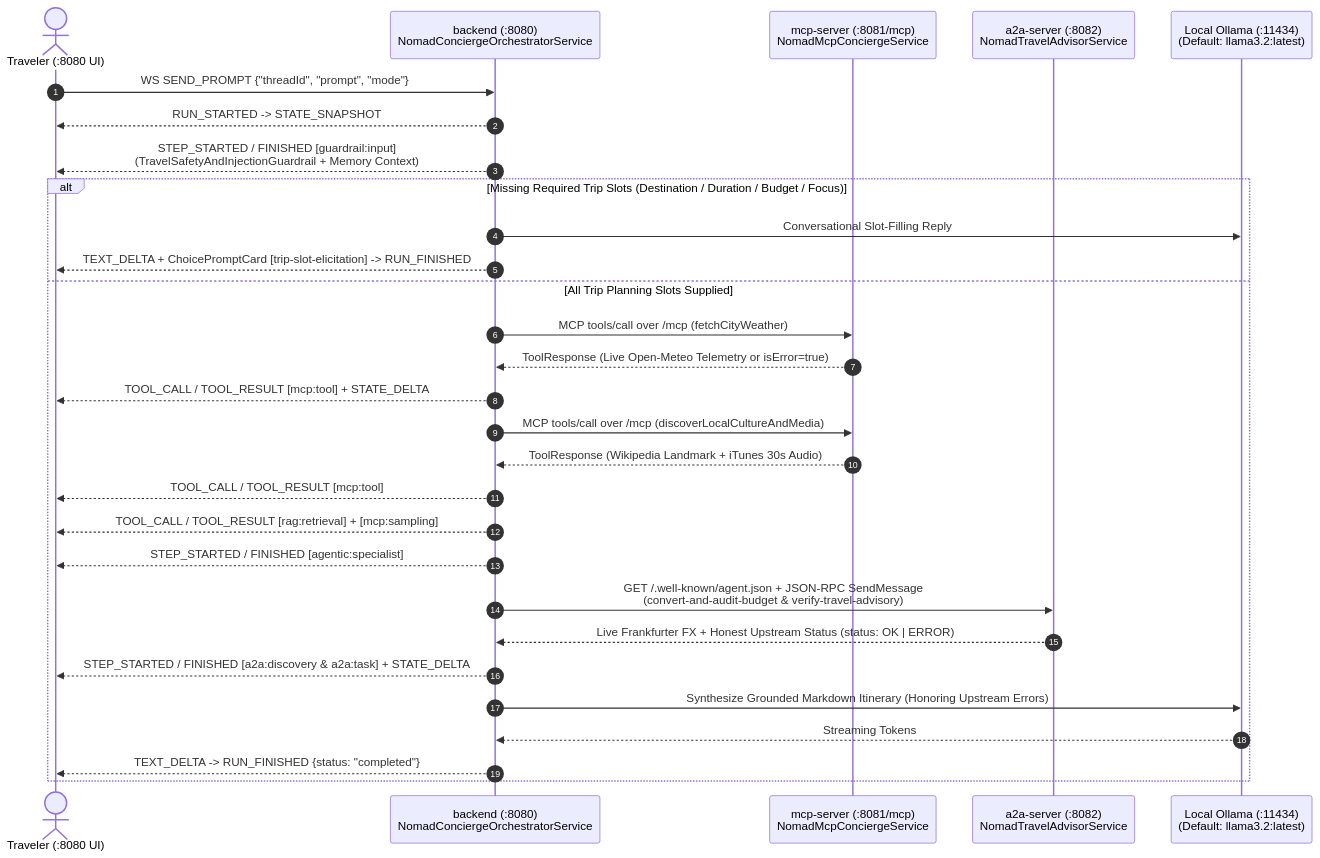
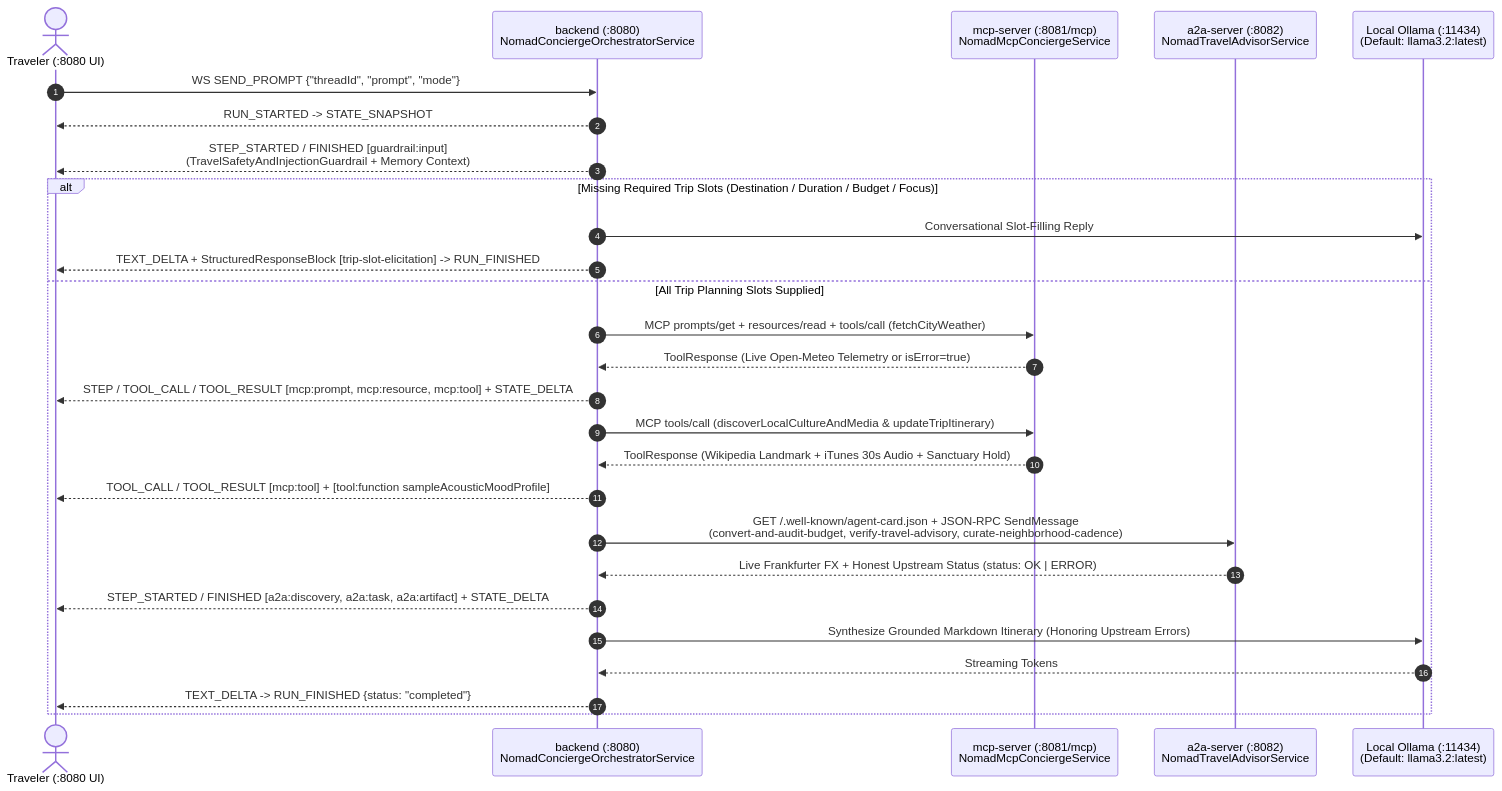
Before and after one commit to fmatar/quarkus-agui: the second of 2 diagrams in examples/quarkus-svelte-skeleton/README.md, drawn with Mermaid. The commit also changed other lines of this file and 3 other files, not shown here.

````diff
--- a/examples/quarkus-svelte-skeleton/README.md
+++ b/examples/quarkus-svelte-skeleton/README.md
@@ -86,32 +86,30 @@
 ```mermaid
 sequenceDiagram
     autonumber
     actor Traveler as Traveler (:8080 UI)
     participant Orch as backend (:8080)<br/>NomadConciergeOrchestratorService
     participant MCP as mcp-server (:8081/mcp)<br/>NomadMcpConciergeService
     participant A2A as a2a-server (:8082)<br/>NomadTravelAdvisorService
     participant LLM as Local Ollama (:11434)<br/>(Default: llama3.2:latest)
 
     Traveler->>Orch: WS SEND_PROMPT {"threadId", "prompt", "mode"}
     Orch-->>Traveler: RUN_STARTED -> STATE_SNAPSHOT
     Orch-->>Traveler: STEP_STARTED / FINISHED [guardrail:input]<br/>(TravelSafetyAndInjectionGuardrail + Memory Context)
     alt Missing Required Trip Slots (Destination / Duration / Budget / Focus)
         Orch->>LLM: Conversational Slot-Filling Reply
-        Orch-->>Traveler: TEXT_DELTA + ChoicePromptCard [trip-slot-elicitation] -> RUN_FINISHED
+        Orch-->>Traveler: TEXT_DELTA + StructuredResponseBlock [trip-slot-elicitation] -> RUN_FINISHED
     else All Trip Planning Slots Supplied
-        Orch->>MCP: MCP tools/call over /mcp (fetchCityWeather)
+        Orch->>MCP: MCP prompts/get + resources/read + tools/call (fetchCityWeather)
         MCP-->>Orch: ToolResponse (Live Open-Meteo Telemetry or isError=true)
-        Orch-->>Traveler: TOOL_CALL / TOOL_RESULT [mcp:tool] + STATE_DELTA
-        Orch->>MCP: MCP tools/call over /mcp (discoverLocalCultureAndMedia)
-        MCP-->>Orch: ToolResponse (Wikipedia Landmark + iTunes 30s Audio)
-        Orch-->>Traveler: TOOL_CALL / TOOL_RESULT [mcp:tool]
-        Orch-->>Traveler: TOOL_CALL / TOOL_RESULT [rag:retrieval] + [mcp:sampling]
-        Orch-->>Traveler: STEP_STARTED / FINISHED [agentic:specialist]
-        Orch->>A2A: GET /.well-known/agent.json + JSON-RPC SendMessage<br/>(convert-and-audit-budget & verify-travel-advisory)
+        Orch-->>Traveler: STEP / TOOL_CALL / TOOL_RESULT [mcp:prompt, mcp:resource, mcp:tool] + STATE_DELTA
+        Orch->>MCP: MCP tools/call (discoverLocalCultureAndMedia & updateTripItinerary)
+        MCP-->>Orch: ToolResponse (Wikipedia Landmark + iTunes 30s Audio + Sanctuary Hold)
+        Orch-->>Traveler: TOOL_CALL / TOOL_RESULT [mcp:tool] + [tool:function sampleAcousticMoodProfile]
+        Orch->>A2A: GET /.well-known/agent-card.json + JSON-RPC SendMessage<br/>(convert-and-audit-budget, verify-travel-advisory, curate-neighborhood-cadence)
         A2A-->>Orch: Live Frankfurter FX + Honest Upstream Status (status: OK | ERROR)
-        Orch-->>Traveler: STEP_STARTED / FINISHED [a2a:discovery & a2a:task] + STATE_DELTA
+        Orch-->>Traveler: STEP_STARTED / FINISHED [a2a:discovery, a2a:task, a2a:artifact] + STATE_DELTA
         Orch->>LLM: Synthesize Grounded Markdown Itinerary (Honoring Upstream Errors)
         LLM-->>Orch: Streaming Tokens
         Orch-->>Traveler: TEXT_DELTA -> RUN_FINISHED {status: "completed"}
     end
 ```
````
